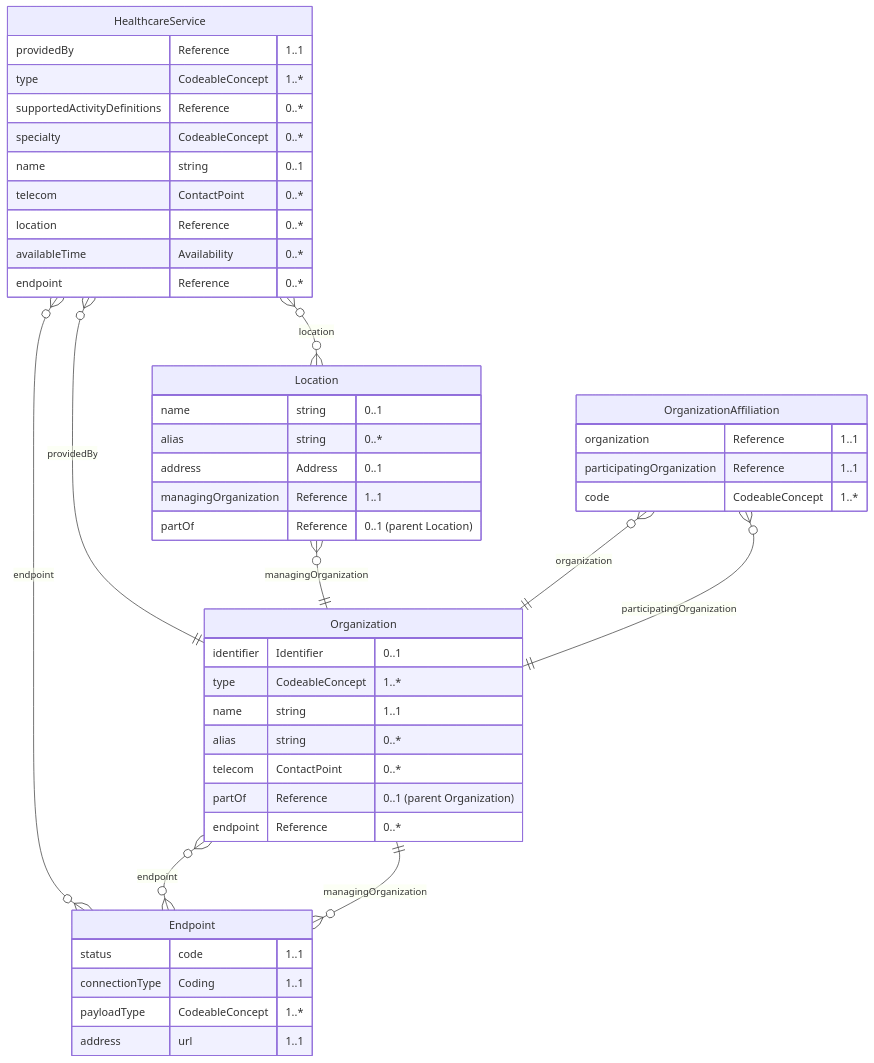
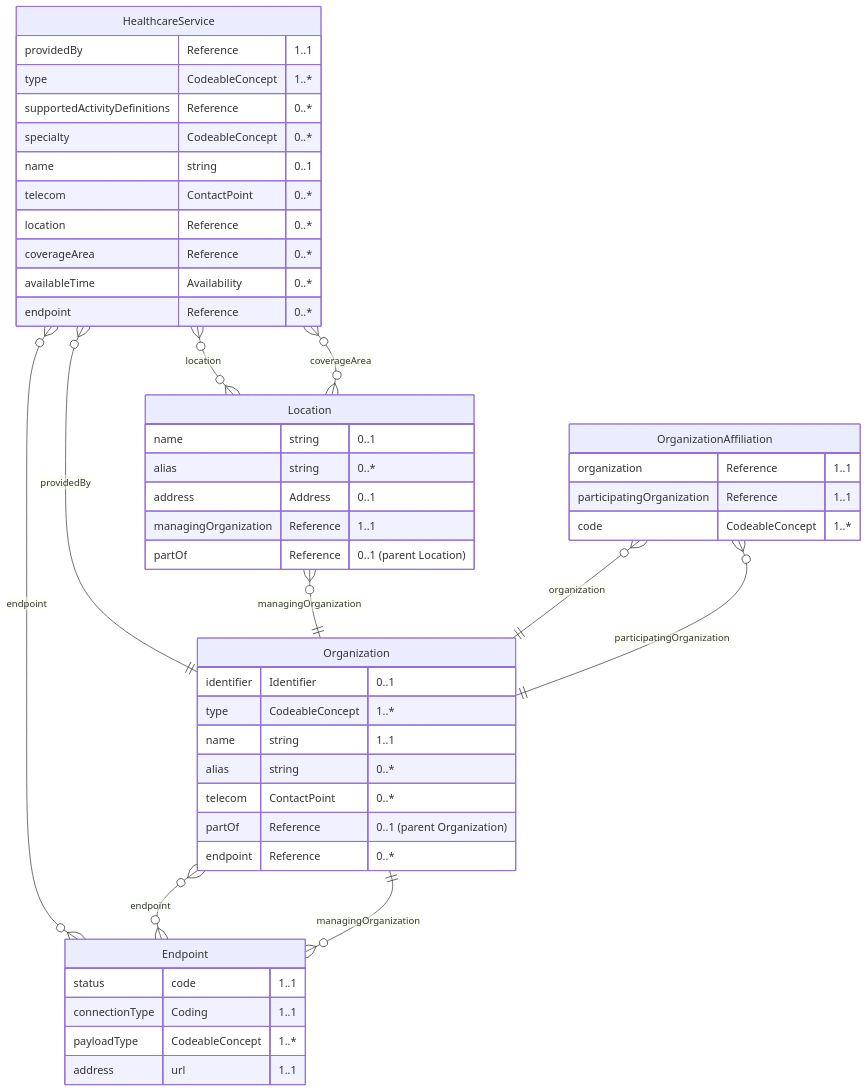
The first of 8 diagrams in input/pagecontent/csd.md (minvws/generiekefuncties-docs), drawn with Mermaid before and after one commit. The commit also changed other lines of this file and 18 other files, not shown here.

````diff
--- a/input/pagecontent/csd.md
+++ b/input/pagecontent/csd.md
@@ -102,54 +100,56 @@
 ```mermaid
 erDiagram
     HealthcareService }o--|| Organization : providedBy
     HealthcareService }o--o{ Location : location
+    HealthcareService }o--o{ Location : coverageArea
     HealthcareService }o--o{ Endpoint : endpoint
     Location }o--|| Organization : managingOrganization
     Organization }o--o{ Endpoint : endpoint
     Endpoint }o--|| Organization : managingOrganization
     OrganizationAffiliation }o--|| Organization : organization
     OrganizationAffiliation }o--|| Organization : participatingOrganization
 
     HealthcareService {
         providedBy Reference  "1..1"
         type CodeableConcept "1..*"
         supportedActivityDefinitions Reference "0..*"
         specialty CodeableConcept "0..*"
         name string  "0..1"
         telecom ContactPoint  "0..*"
         location Reference  "0..*"
+        coverageArea Reference  "0..*"
         availableTime Availability  "0..*"
         endpoint Reference  "0..*"
     }
 
     Location {
         name string  "0..1"
         alias string  "0..*"
         address Address  "0..1"
         managingOrganization Reference  "1..1"
         partOf Reference  "0..1 (parent Location)"
     }
 
     Organization {
         identifier Identifier  "0..1"
         type CodeableConcept  "1..*"
         name string  "1..1"
         alias string  "0..*"
         telecom ContactPoint  "0..*"
         partOf Reference  "0..1 (parent Organization)"
         endpoint Reference  "0..*"
     }
 
     Endpoint {
         status code  "1..1"
         connectionType Coding  "1..1"
         payloadType CodeableConcept  "1..*"
         address url  "1..1"
     }
 
     OrganizationAffiliation {
         organization Reference  "1..1"
         participatingOrganization Reference  "1..1"
         code CodeableConcept  "1..*"
     }
 ```
````
